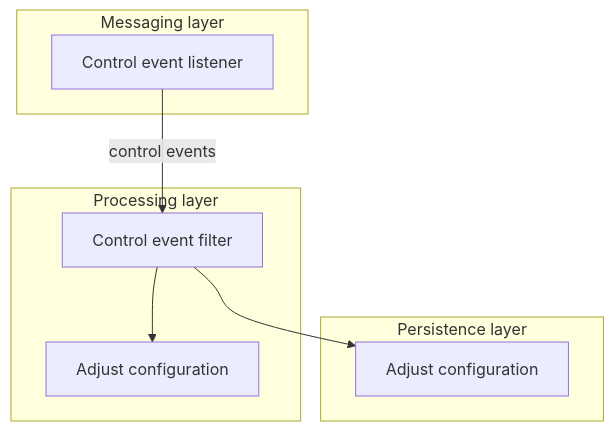
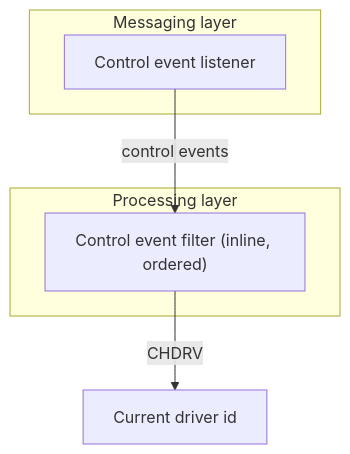
Before and after one commit to ChronoRacer/chronoracer: the second of 3 diagrams in docs/component-core.md, drawn with Mermaid. The commit also changed other lines of this file and 75 other files, not shown here.

````diff
--- a/docs/component-core.md
+++ b/docs/component-core.md
@@ -228,20 +355,16 @@
 ```mermaid
 flowchart TB
     subgraph kafka["Messaging layer"]
         kafkaControl["Control event listener"]
     end
 
     subgraph process["Processing layer"]
-        filterControl["Control event filter"]
-        configureProcess["Adjust configuration"]
+        filterControl["Control event filter (inline, ordered)"]
     end
 
-    subgraph persistence["Persistence layer"]
-        configurePersistence["Adjust configuration"]
-    end
+    driver["Current driver id"]
 
     kafkaControl -->|control events| filterControl
-    filterControl --> configureProcess
-    filterControl --> configurePersistence
+    filterControl -->|CHDRV| driver
 
 ```
````
